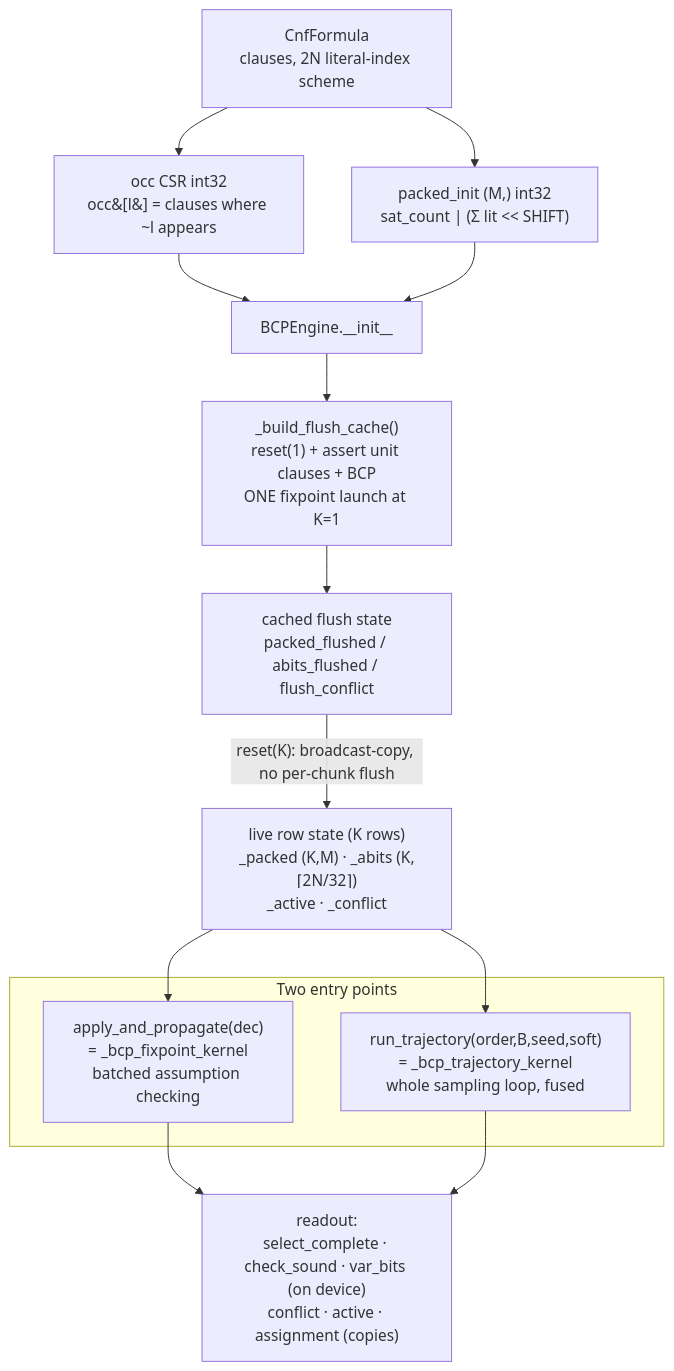
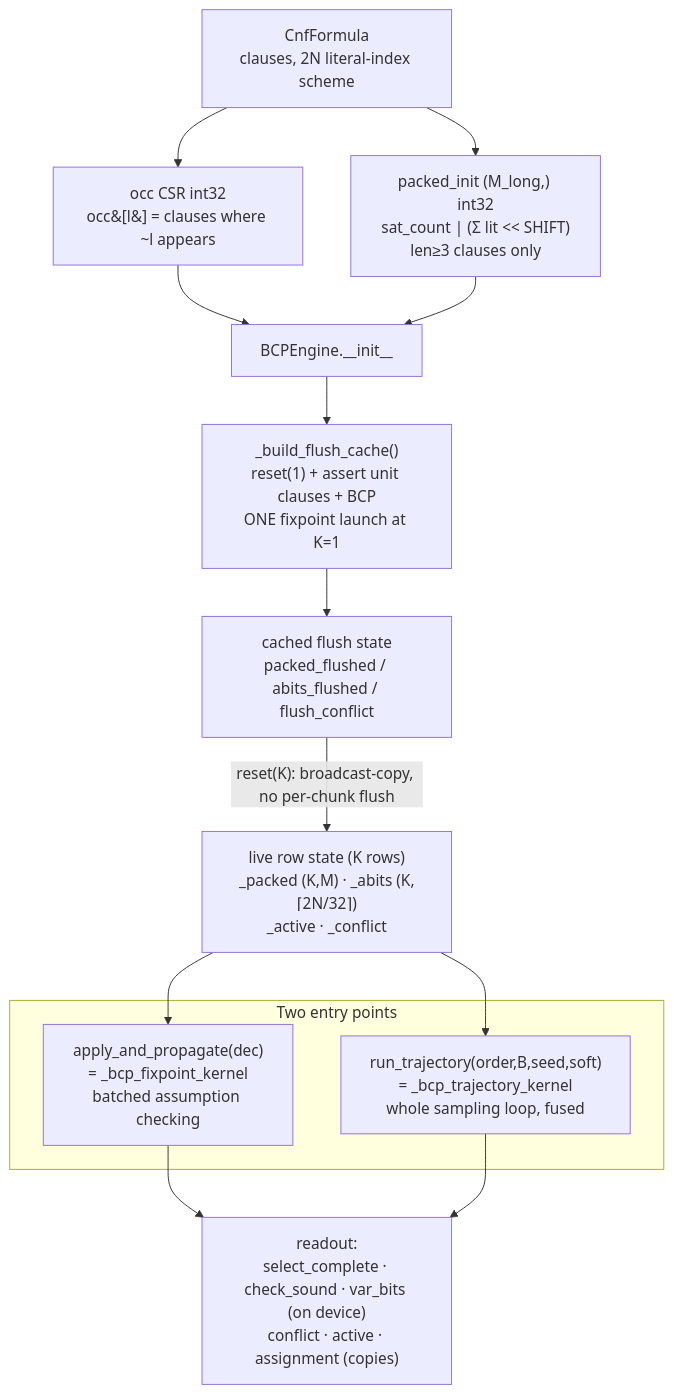
One commit to yogevshalmon/gpap changed the first of 4 diagrams in docs/ENGINE.md. Above: the diagram before and after it, drawn with Mermaid. The commit also changed other lines of this file and 25 other files, not shown here.

````diff
--- a/docs/ENGINE.md
+++ b/docs/ENGINE.md
@@ -62,21 +81,21 @@
 ```mermaid
 flowchart TD
     F[CnfFormula<br/>clauses, 2N literal-index scheme] --> OCC[occ CSR int32<br/>occ&#91;l&#93; = clauses where ~l appears]
-    F --> INIT["packed_init (M,) int32<br/>sat_count | (Σ lit &lt;&lt; SHIFT)"]
+    F --> INIT["packed_init (M_long,) int32<br/>sat_count | (Σ lit &lt;&lt; SHIFT)<br/>len≥3 clauses only"]
     OCC --> ENG[BCPEngine.__init__]
     INIT --> ENG
     ENG --> FLUSH["_build_flush_cache()<br/>reset(1) + assert unit clauses + BCP<br/>ONE fixpoint launch at K=1"]
     FLUSH --> CACHE["cached flush state<br/>packed_flushed / abits_flushed / flush_conflict"]
 
     CACHE -->|"reset(K): broadcast-copy, no per-chunk flush"| STATE["live row state (K rows)<br/>_packed (K,M) · _abits (K,⌈2N/32⌉)<br/>_active · _conflict"]
 
     STATE --> EP1
     STATE --> EP2
     subgraph EP["Two entry points"]
       EP1["apply_and_propagate(dec)<br/>= _bcp_fixpoint_kernel<br/>batched assumption checking"]
       EP2["run_trajectory(order,B,seed,soft)<br/>= _bcp_trajectory_kernel<br/>whole sampling loop, fused"]
     end
     EP1 --> READ
     EP2 --> READ
     READ["readout:<br/>select_complete · check_sound · var_bits (on device)<br/>conflict · active · assignment (copies)"]
 ```
````
